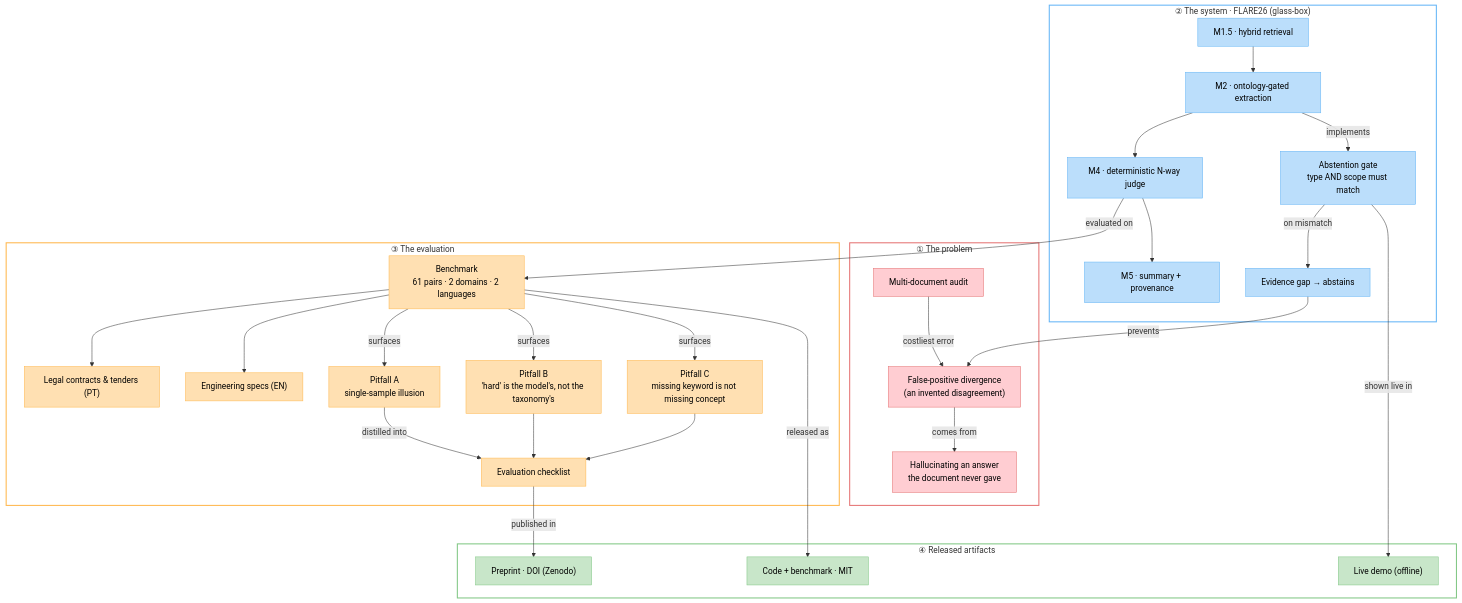
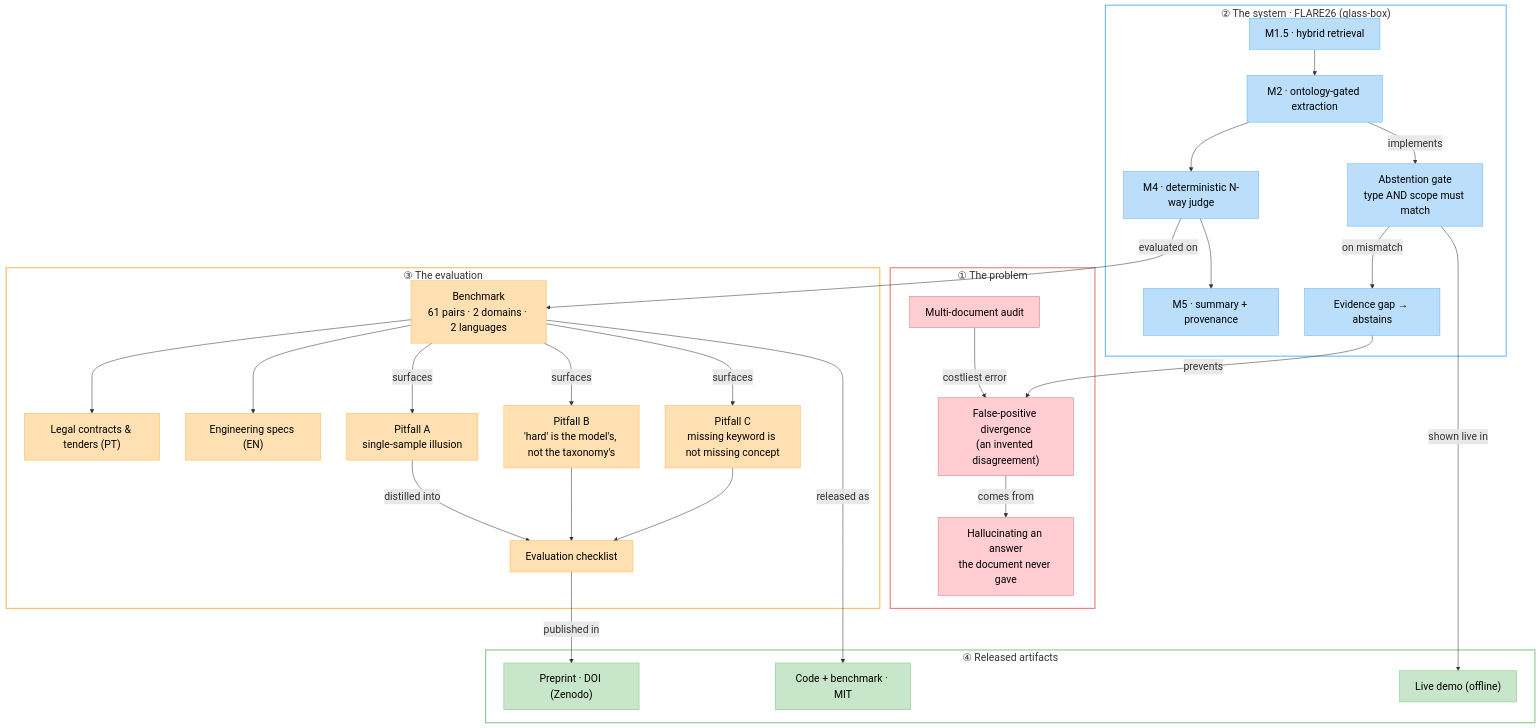
Before and after one commit to marcospaula/FLARE26-P1: the first of 3 diagrams in README.md, drawn with Mermaid.

Commit message:
docs(readme): aumenta fonte base do Project map (títulos dos clusters legíveis)
themeVariables.fontSize 20px no Project map — os rótulos ①→④ dos clusters ficavam
pequenos. Sem fixar 'theme', então light/dark continuam adaptando.

````diff
--- a/README.md
+++ b/README.md
@@ -30,56 +30,56 @@
 ```mermaid
-%%{init: {'flowchart': {'curve': 'basis'}}}%%
+%%{init: {'flowchart': {'curve': 'basis'}, 'themeVariables': {'fontSize': '20px'}}}%%
 graph TD
     subgraph P["① The problem"]
         AUD["Multi-document audit"] -->|costliest error| FPD["False-positive divergence<br/>(an invented disagreement)"]
         FPD -->|comes from| HALL["Hallucinating an answer<br/>the document never gave"]
     end
 
     subgraph S["② The system · FLARE26 (glass-box)"]
         M15["M1.5 · hybrid retrieval"] --> M2["M2 · ontology-gated extraction"]
         M2 --> M4["M4 · deterministic N-way judge"]
         M4 --> M5["M5 · summary + provenance"]
         M2 -->|implements| GATE["Abstention gate<br/>type AND scope must match"]
         GATE -->|on mismatch| GAP["Evidence gap → abstains"]
     end
 
     subgraph E["③ The evaluation"]
         BENCH["Benchmark<br/>61 pairs · 2 domains · 2 languages"]
         BENCH --> LEGAL["Legal contracts &amp; tenders (PT)"]
         BENCH --> ENG["Engineering specs (EN)"]
         BENCH -->|surfaces| PA["Pitfall A<br/>single-sample illusion"]
         BENCH -->|surfaces| PB["Pitfall B<br/>'hard' is the model's, not the taxonomy's"]
         BENCH -->|surfaces| PC["Pitfall C<br/>missing keyword is not missing concept"]
         PA -->|distilled into| CHK["Evaluation checklist"]
         PB --> CHK
         PC --> CHK
     end
 
     subgraph A["④ Released artifacts"]
         PAPER["Preprint · DOI (Zenodo)"]
         CODE["Code + benchmark · MIT"]
         DEMO["Live demo (offline)"]
     end
 
     %% narrative across the four acts
     GAP -->|prevents| FPD
     M4 -->|evaluated on| BENCH
     CHK -->|published in| PAPER
     BENCH -->|released as| CODE
     GATE -->|shown live in| DEMO
 
     classDef problem fill:#ffcdd2,stroke:#e57373,color:#000;
     classDef system fill:#bbdefb,stroke:#64b5f6,color:#000;
     classDef eval fill:#ffe0b2,stroke:#ffb74d,color:#000;
     classDef artifact fill:#c8e6c9,stroke:#81c784,color:#000;
     class AUD,FPD,HALL problem;
     class M15,M2,M4,M5,GATE,GAP system;
     class BENCH,LEGAL,ENG,PA,PB,PC,CHK eval;
     class PAPER,CODE,DEMO artifact;
 
     %% cluster borders carry the layer color (self-legend); transparent fill = dark-mode safe
     style P fill:transparent,stroke:#e57373,stroke-width:2px
     style S fill:transparent,stroke:#64b5f6,stroke-width:2px
     style E fill:transparent,stroke:#ffb74d,stroke-width:2px
     style A fill:transparent,stroke:#81c784,stroke-width:2px
 ```
````
